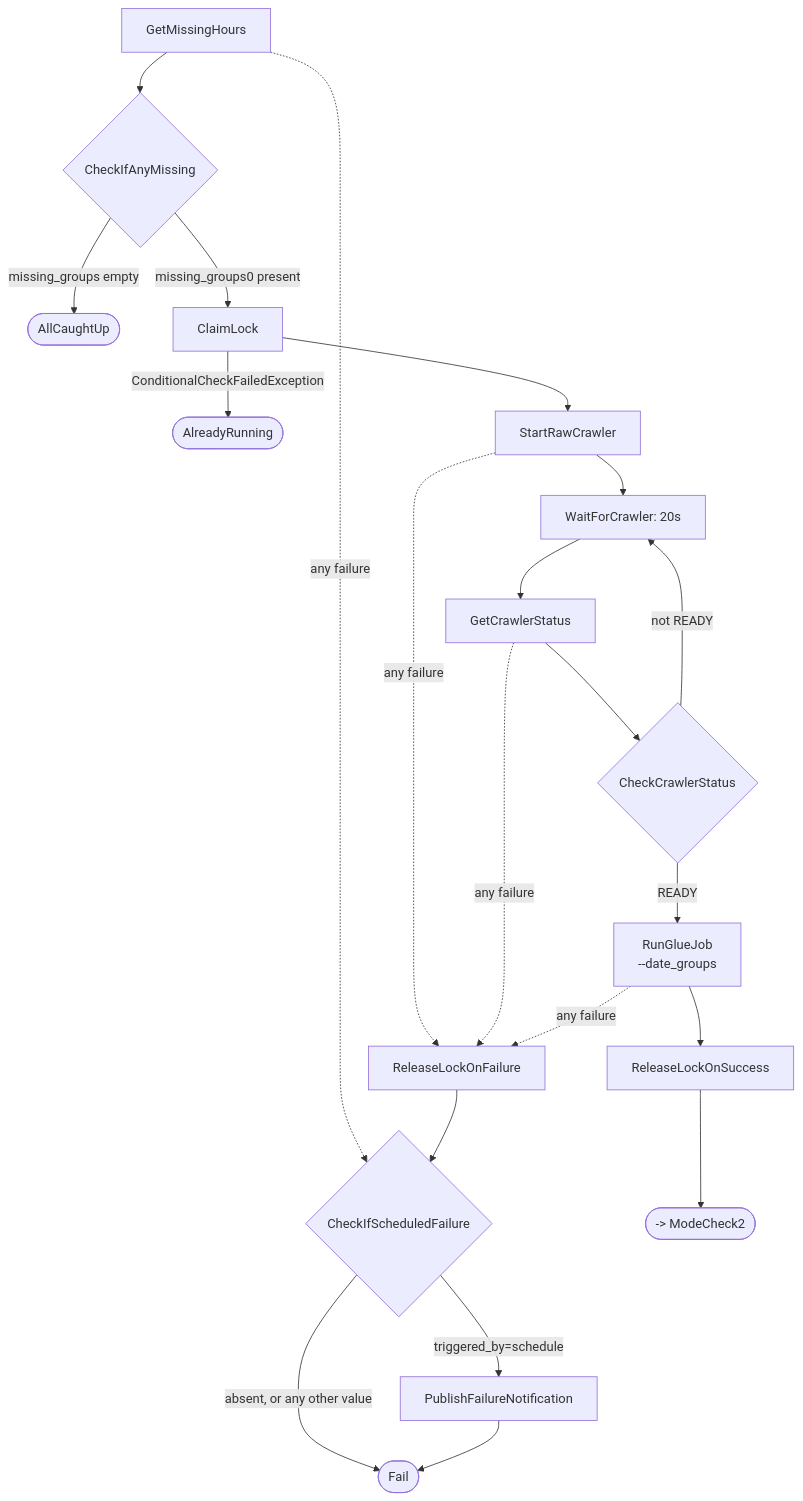
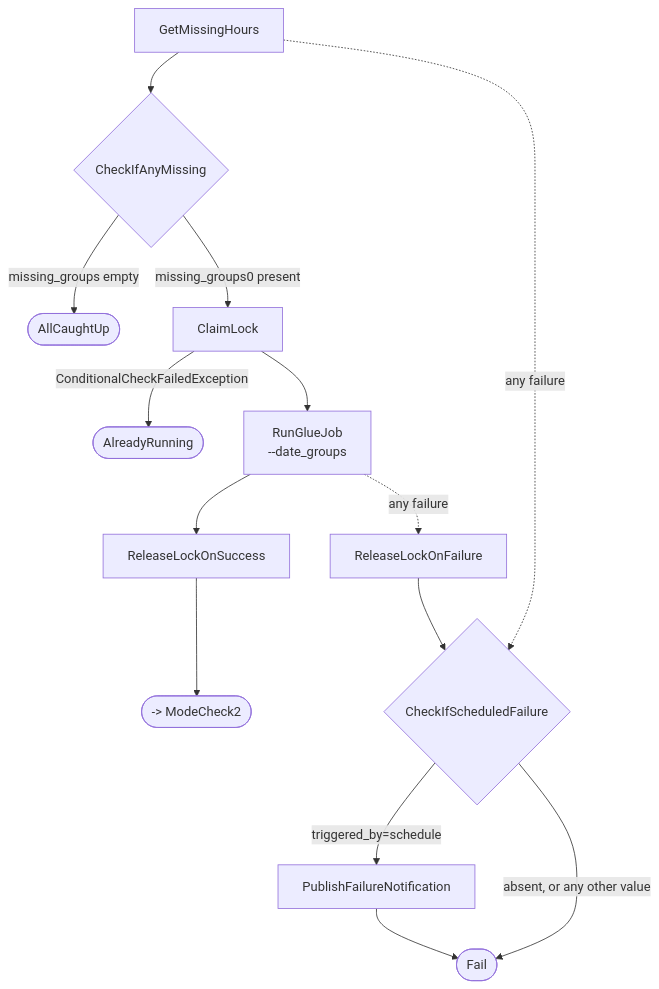
One commit to saket-kumar-de/PulseGrid changed the second of 3 diagrams in docs/architecture-flow.md. Above: the diagram before and after it, drawn with Mermaid. The commit also changed other lines of this file and 19 other files, not shown here.

````diff
--- a/docs/architecture-flow.md
+++ b/docs/architecture-flow.md
@@ -62,24 +64,17 @@
 ```mermaid
 graph TD
     GMH[GetMissingHours] --> CIM{CheckIfAnyMissing}
     GMH -.any failure.-> CSF
     CIM -->|missing_groups empty| AC([AllCaughtUp])
     CIM -->|missing_groups0 present| CL[ClaimLock]
     CL -->|ConditionalCheckFailedException| AR([AlreadyRunning])
-    CL --> SRC[StartRawCrawler]
-    SRC --> WFC[WaitForCrawler: 20s]
-    WFC --> GCS[GetCrawlerStatus]
-    GCS --> CCS{CheckCrawlerStatus}
-    CCS -->|not READY| WFC
-    CCS -->|READY| RGJ[RunGlueJob<br/>--date_groups]
+    CL --> RGJ[RunGlueJob<br/>--date_groups]
     RGJ --> RLS[ReleaseLockOnSuccess]
     RLS --> MC2OUT([-> ModeCheck2])
 
-    SRC -.any failure.-> RLF[ReleaseLockOnFailure]
-    GCS -.any failure.-> RLF
-    RGJ -.any failure.-> RLF
+    RGJ -.any failure.-> RLF[ReleaseLockOnFailure]
     RLF --> CSF{CheckIfScheduledFailure}
     CSF -->|triggered_by=schedule| PFN[PublishFailureNotification]
     CSF -->|absent, or any other value| FAIL([Fail])
     PFN --> FAIL
 ```
````
